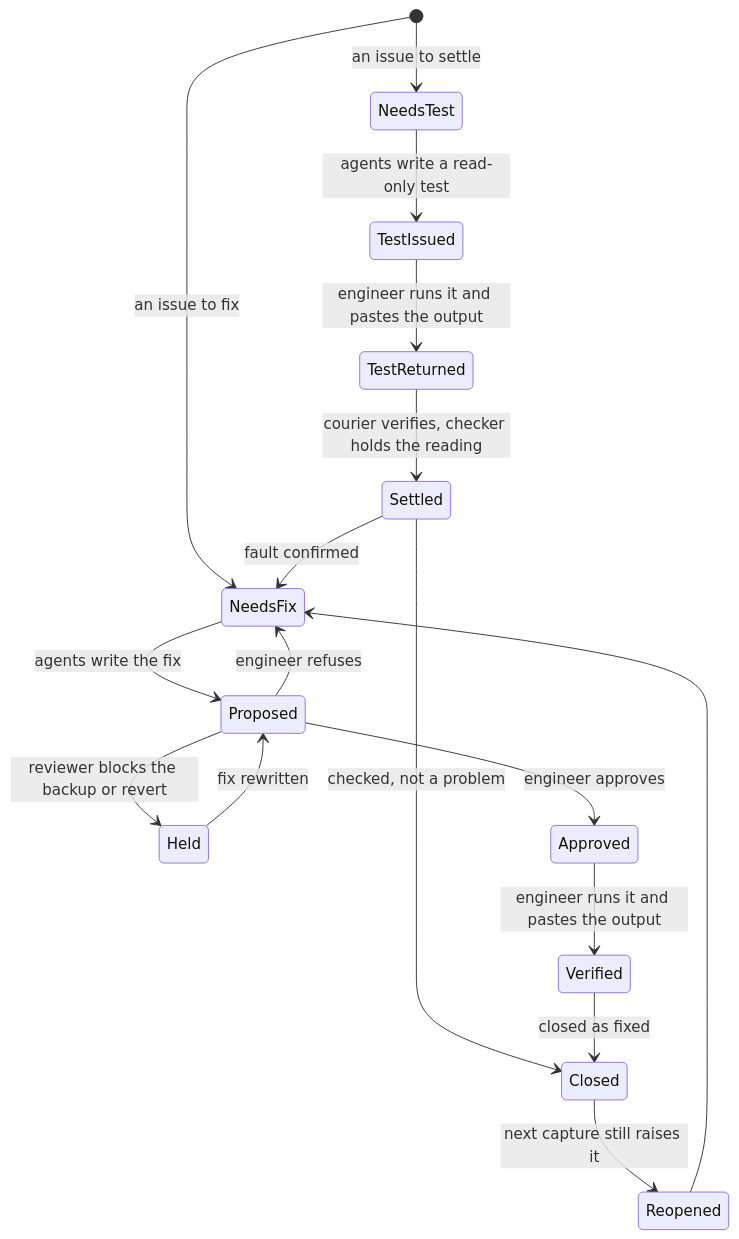
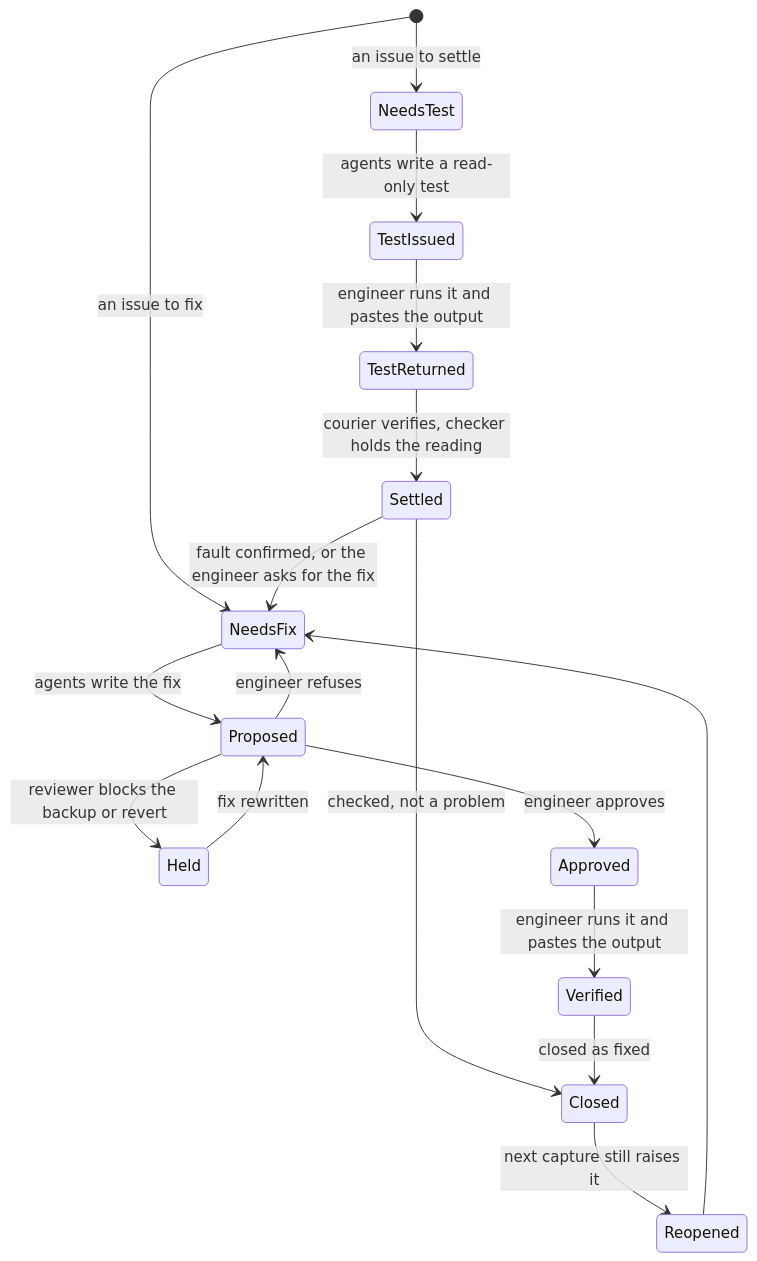
Before and after one commit to RyanH-sudo/ninjatoolkit-case-study: the fourth of 7 diagrams in CASE_STUDY.md, drawn with Mermaid. The commit also changed other lines of this file and 2 other files, not shown here.

Commit message:
Case study updated to v8.2.0: the Job as the thread, the console, device identity, judge precision on the estate, the fail-closed fix builder; every figure re-measured at the v8.2.0 tag

````diff
--- a/CASE_STUDY.md
+++ b/CASE_STUDY.md
@@ -494,19 +639,19 @@
 ```mermaid
 stateDiagram-v2
     [*] --> NeedsTest: an issue to settle
     [*] --> NeedsFix: an issue to fix
     NeedsTest --> TestIssued: agents write a read-only test
     TestIssued --> TestReturned: engineer runs it and pastes the output
     TestReturned --> Settled: courier verifies, checker holds the reading
-    Settled --> NeedsFix: fault confirmed
+    Settled --> NeedsFix: fault confirmed, or the engineer asks for the fix
     Settled --> Closed: checked, not a problem
     NeedsFix --> Proposed: agents write the fix
     Proposed --> Held: reviewer blocks the backup or revert
     Held --> Proposed: fix rewritten
     Proposed --> Approved: engineer approves
     Proposed --> NeedsFix: engineer refuses
     Approved --> Verified: engineer runs it and pastes the output
     Verified --> Closed: closed as fixed
     Closed --> Reopened: next capture still raises it
     Reopened --> NeedsFix
 ```
````
